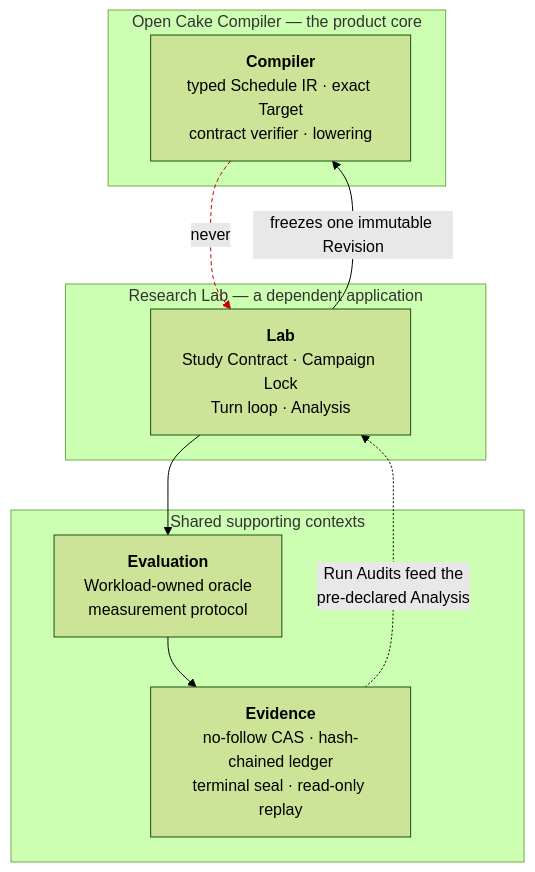
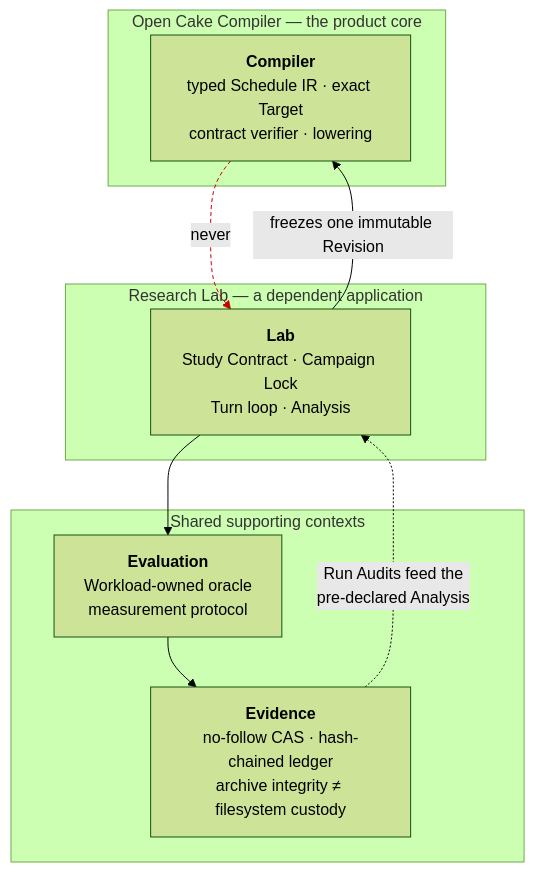
One commit to qhy991/open-cake-ir changed the first of 7 diagrams in docs/ARCHITECTURE.md. Above: the diagram before and after it, drawn with Mermaid (forest theme). The commit also changed 24 other files, not shown here.

Commit message:
Separate archive integrity from filesystem custody

````diff
--- a/docs/ARCHITECTURE.md
+++ b/docs/ARCHITECTURE.md
@@ -20,23 +20,23 @@
 ```mermaid
 graph TD
     subgraph product["Open Cake Compiler — the product core"]
         C["<b>Compiler</b><br/>typed Schedule IR · exact Target<br/>contract verifier · lowering"]
     end
 
     subgraph app["Research Lab — a dependent application"]
         L["<b>Lab</b><br/>Study Contract · Campaign Lock<br/>Turn loop · Analysis"]
     end
 
     subgraph shared["Shared supporting contexts"]
         EV["<b>Evaluation</b><br/>Workload-owned oracle<br/>measurement protocol"]
-        ED["<b>Evidence</b><br/>no-follow CAS · hash-chained ledger<br/>terminal seal · read-only replay"]
+        ED["<b>Evidence</b><br/>no-follow CAS · hash-chained ledger<br/>archive integrity ≠ filesystem custody"]
     end
 
     L -->|"freezes one immutable Revision"| C
     L --> EV
     EV --> ED
     ED -.->|"Run Audits feed the<br/>pre-declared Analysis"| L
 
     C -.->|"never"| L
     linkStyle 4 stroke:#c00,stroke-dasharray:4 3
 ```
````
